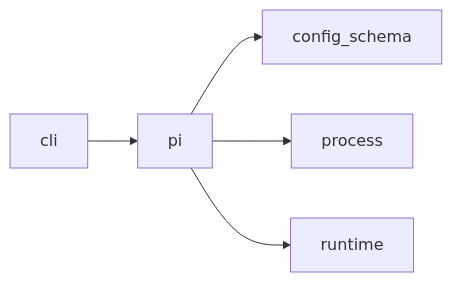
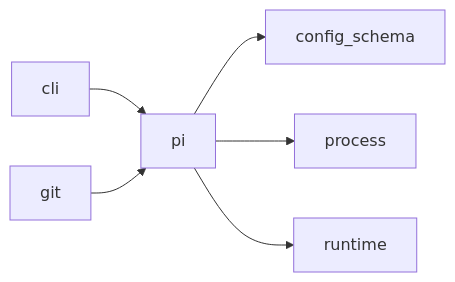
The third of 3 diagrams in docs/architecture/modules/pi.md (plaplanche/ariane), drawn with Mermaid before and after one commit. The commit also changed other lines of this file and 8 other files, not shown here.

````diff
--- a/docs/architecture/modules/pi.md
+++ b/docs/architecture/modules/pi.md
@@ -77,7 +78,8 @@
 ```mermaid
 flowchart LR
   cli --> pi
+  git --> pi
   pi --> config_schema
   pi --> process
   pi --> runtime
 ```
````
